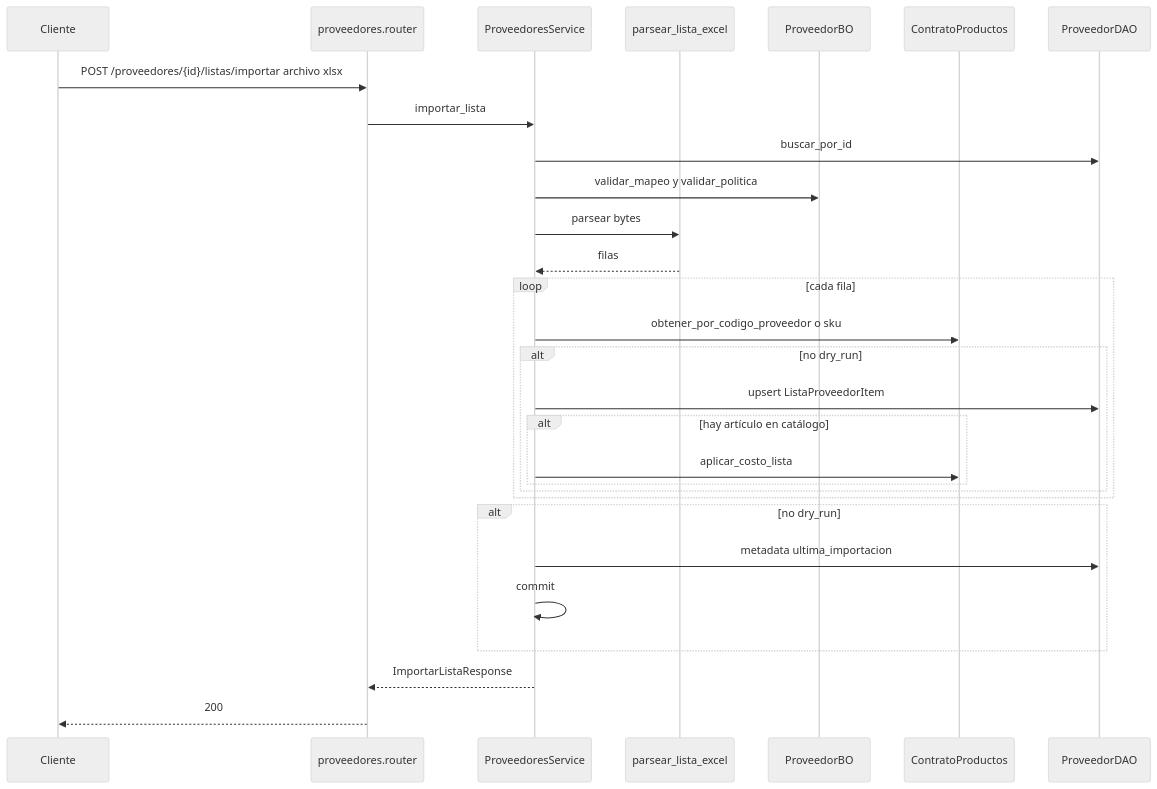
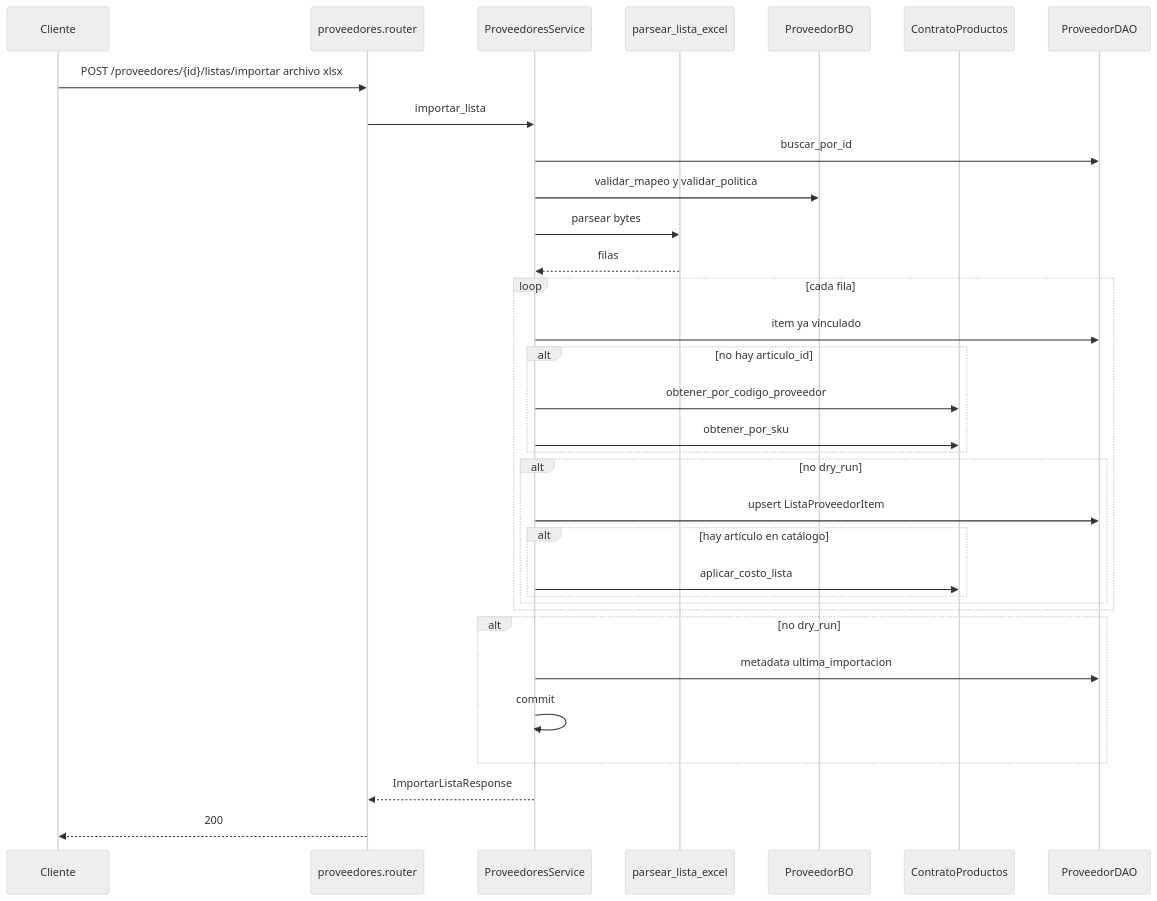
The diagram in docs/diagramas/proveedores.md (estsan3/ventas360-api), drawn with Mermaid (neutral theme) before and after one commit. The commit also changed other lines of this file and 12 other files, not shown here.

First line of the commit message:
docs: alinear diagramas de secuencia con rutas y flujos actuales

````diff
--- a/docs/diagramas/proveedores.md
+++ b/docs/diagramas/proveedores.md
@@ -12,32 +12,36 @@
 ```mermaid
 sequenceDiagram
     participant Cliente
     participant Router as proveedores.router
     participant Service as ProveedoresService
     participant Excel as parsear_lista_excel
     participant BO as ProveedorBO
     participant Productos as ContratoProductos
     participant DAO as ProveedorDAO
 
     Cliente->>Router: POST /proveedores/{id}/listas/importar archivo xlsx
     Router->>Service: importar_lista
     Service->>DAO: buscar_por_id
     Service->>BO: validar_mapeo y validar_politica
     Service->>Excel: parsear bytes
     Excel-->>Service: filas
     loop cada fila
-        Service->>Productos: obtener_por_codigo_proveedor o sku
+        Service->>DAO: item ya vinculado
+        alt no hay articulo_id
+            Service->>Productos: obtener_por_codigo_proveedor
+            Service->>Productos: obtener_por_sku
+        end
         alt no dry_run
             Service->>DAO: upsert ListaProveedorItem
             alt hay artículo en catálogo
                 Service->>Productos: aplicar_costo_lista
             end
         end
     end
     alt no dry_run
         Service->>DAO: metadata ultima_importacion
         Service->>Service: commit
     end
     Service-->>Router: ImportarListaResponse
     Router-->>Cliente: 200
 ```
````
